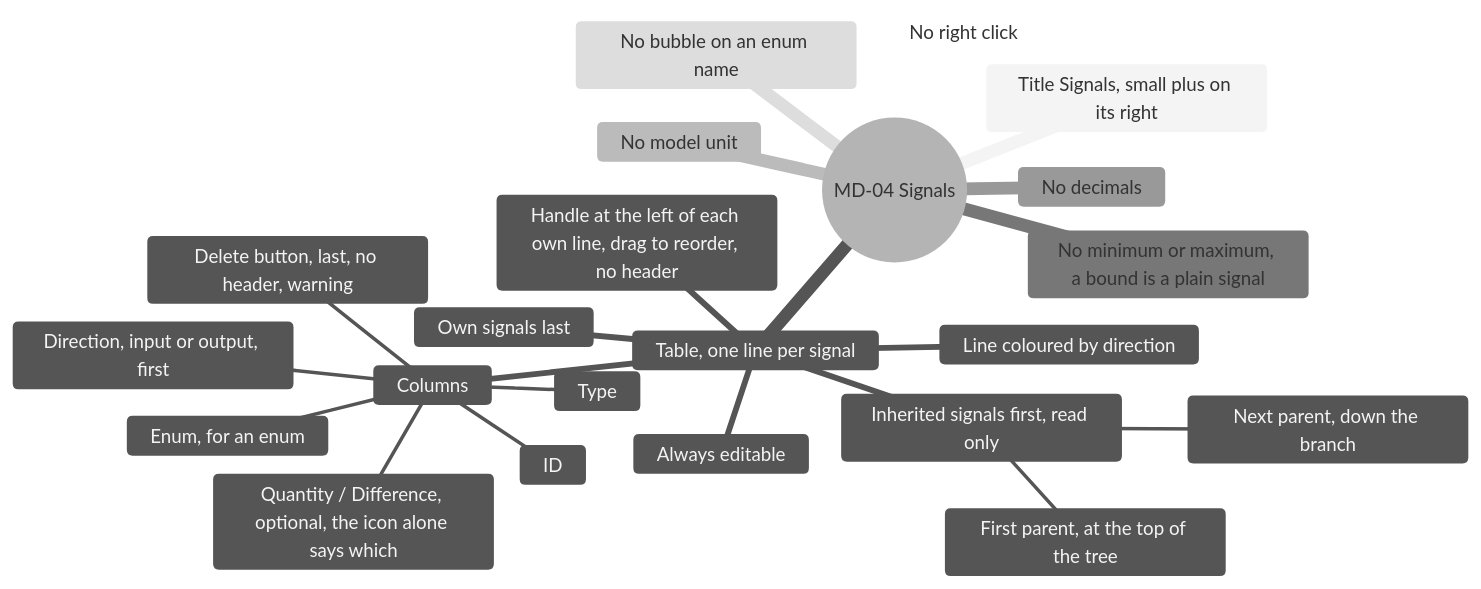
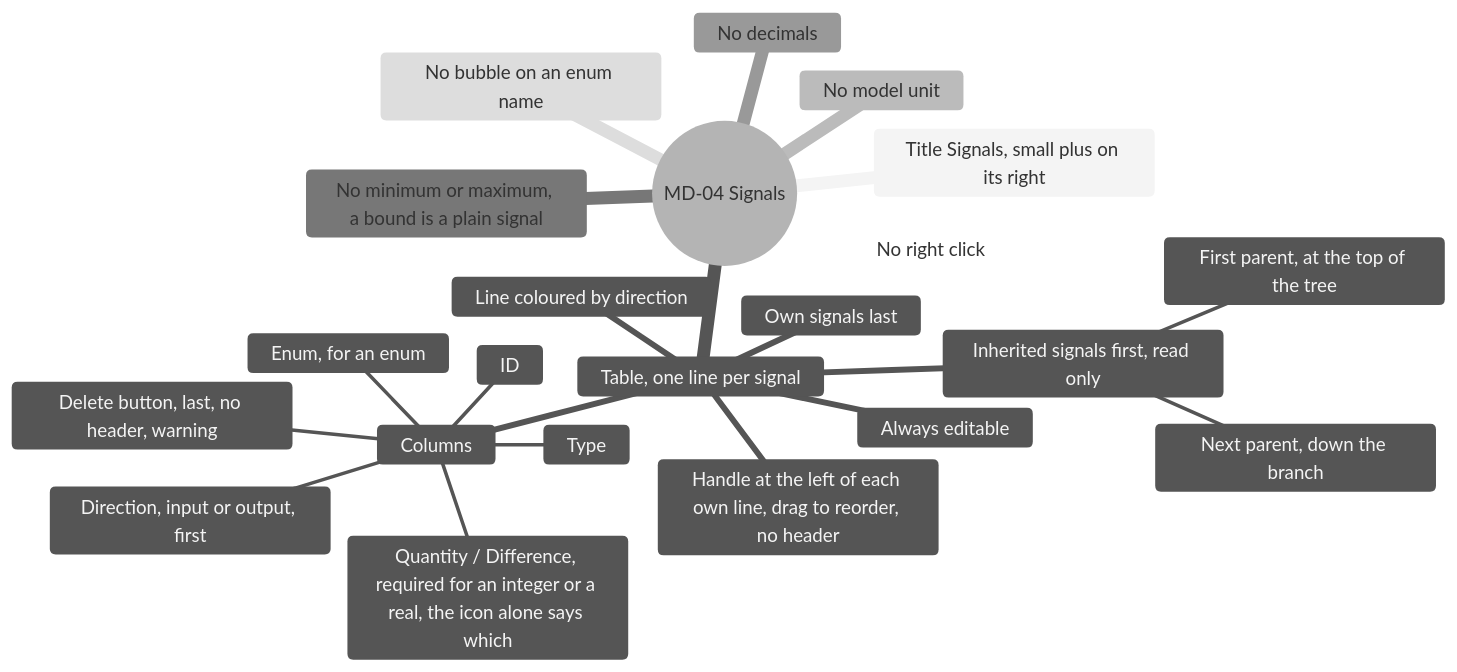
One commit to AlexandreGallais/synoptic-studio-spec changed the seventh of 17 diagrams in screens/metadata.md. Above: the diagram before and after it, drawn with Mermaid (neutral theme). The commit also changed other lines of this file and 1 other file, not shown here.

First line of the commit message:
docs(metadata): require a quantity and keep typed numbers in default unit

````diff
--- a/screens/metadata.md
+++ b/screens/metadata.md
@@ -199,25 +199,25 @@
 ```mermaid
 mindmap
   root((MD-04 Signals))
     Title Signals, small plus on its right
     Table, one line per signal
       Inherited signals first, read only
         First parent, at the top of the tree
         Next parent, down the branch
       Own signals last
       Always editable
       Line coloured by direction
       Handle at the left of each own line, drag to reorder, no header
       Columns
         Direction, input or output, first
         ID
         Type
         Enum, for an enum
-        Quantity / Difference, optional, the icon alone says which
+        Quantity / Difference, required for an integer or a real, the icon alone says which
         Delete button, last, no header, warning
     No model unit
     No minimum or maximum, a bound is a plain signal
     No decimals
     No bubble on an enum name
     No right click
 ```
````
